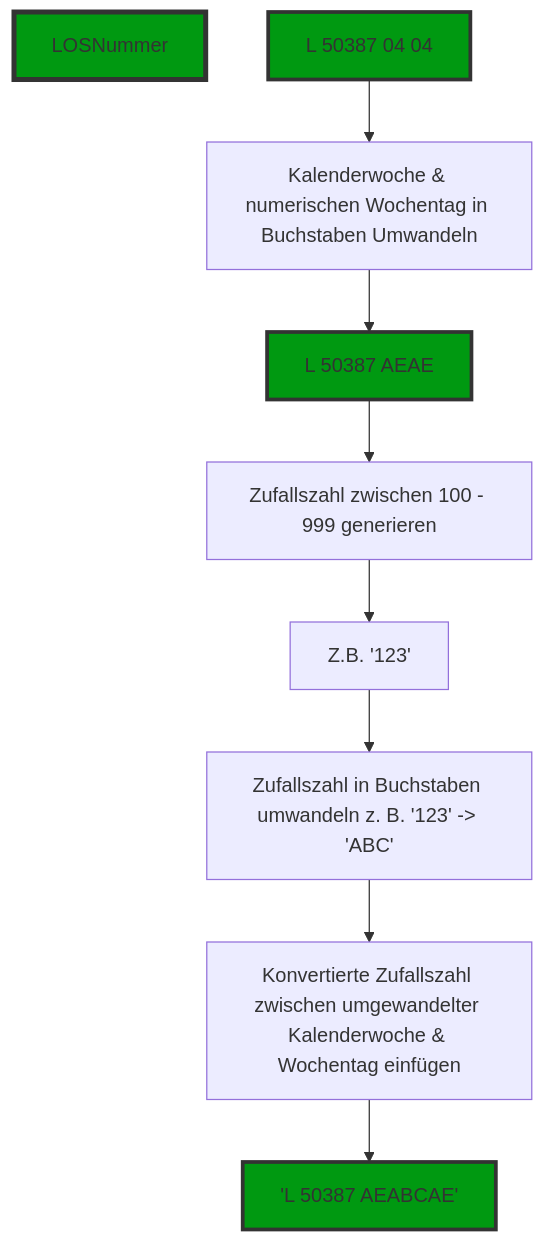
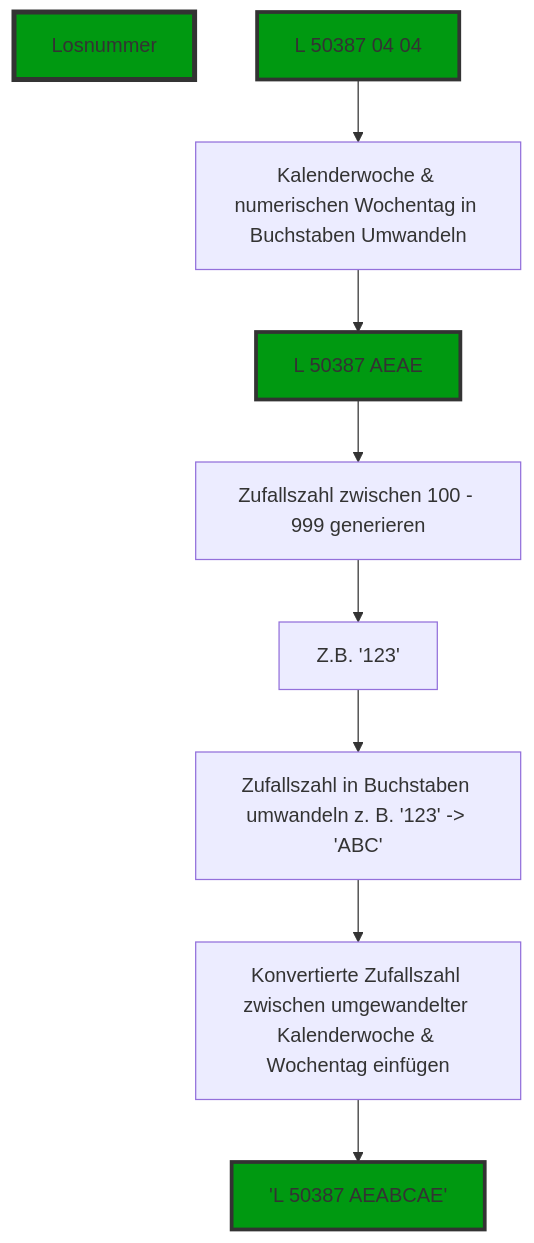
The diagram in README.md (spyridongeorgiou/LOSNumber-Fauxcryption), drawn with Mermaid before and after one commit. The commit also changed other lines of this file, not shown here.

Commit message:
fixed spelling errors

````diff
--- a/README.md
+++ b/README.md
@@ -8,11 +8,11 @@
 ```mermaid
 graph TD;
-    text[LOSNummer];
+    text[Losnummer];
     id1[L 50387 04 04]-->id2[Kalenderwoche & numerischen Wochentag in Buchstaben Umwandeln];
     id2-->id3[L 50387 AEAE]-->id4[Zufallszahl zwischen 100 - 999 generieren]-->id5[Z.B. '123'];
     id5-->id6[Zufallszahl in Buchstaben umwandeln z. B. '123' -> 'ABC']-->id7[Konvertierte Zufallszahl zwischen umgewandelter Kalenderwoche & Wochentag einfügen]-->id8['L 50387 AEABCAE'];
     style text fill:#009911,stroke:#333,stroke-width:4px;
     style id1 fill:#009911,stroke:#333,stroke-width:3px;
     style id3 fill:#009911,stroke:#333,stroke-width:3px;
     style id8 fill:#009911,stroke:#333,stroke-width:3px;
 ```
````
